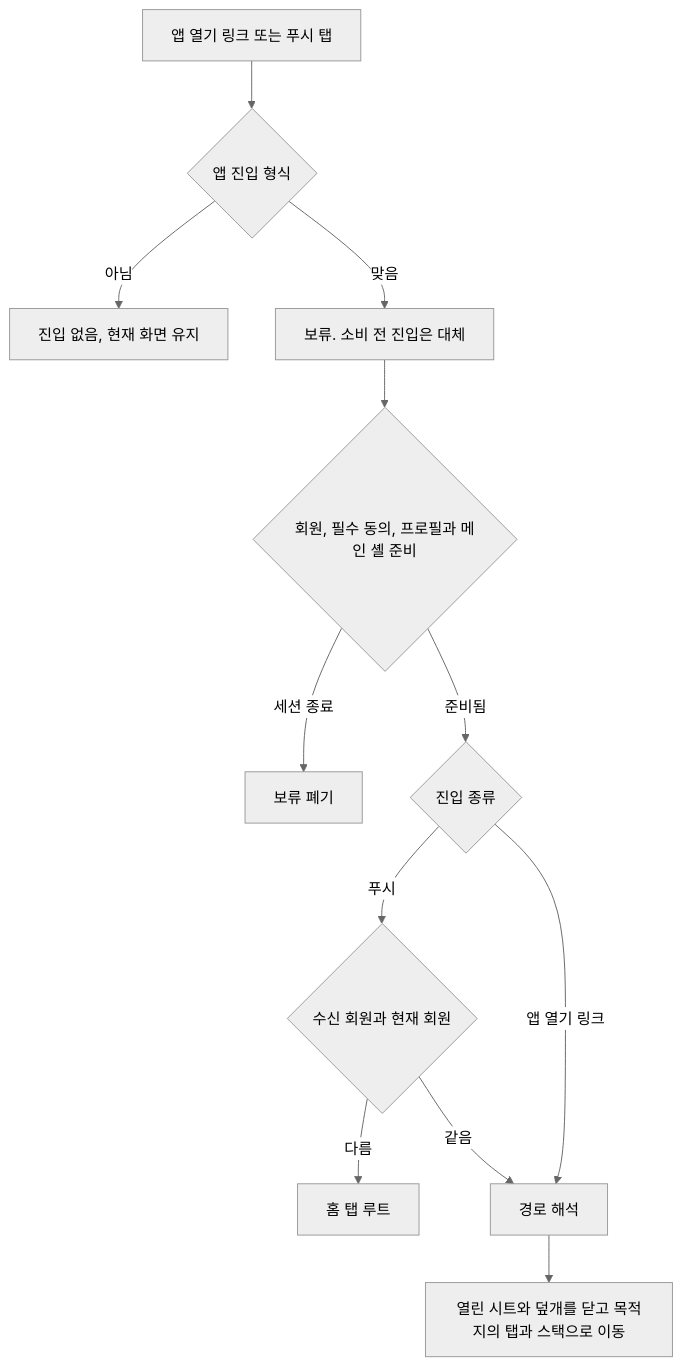
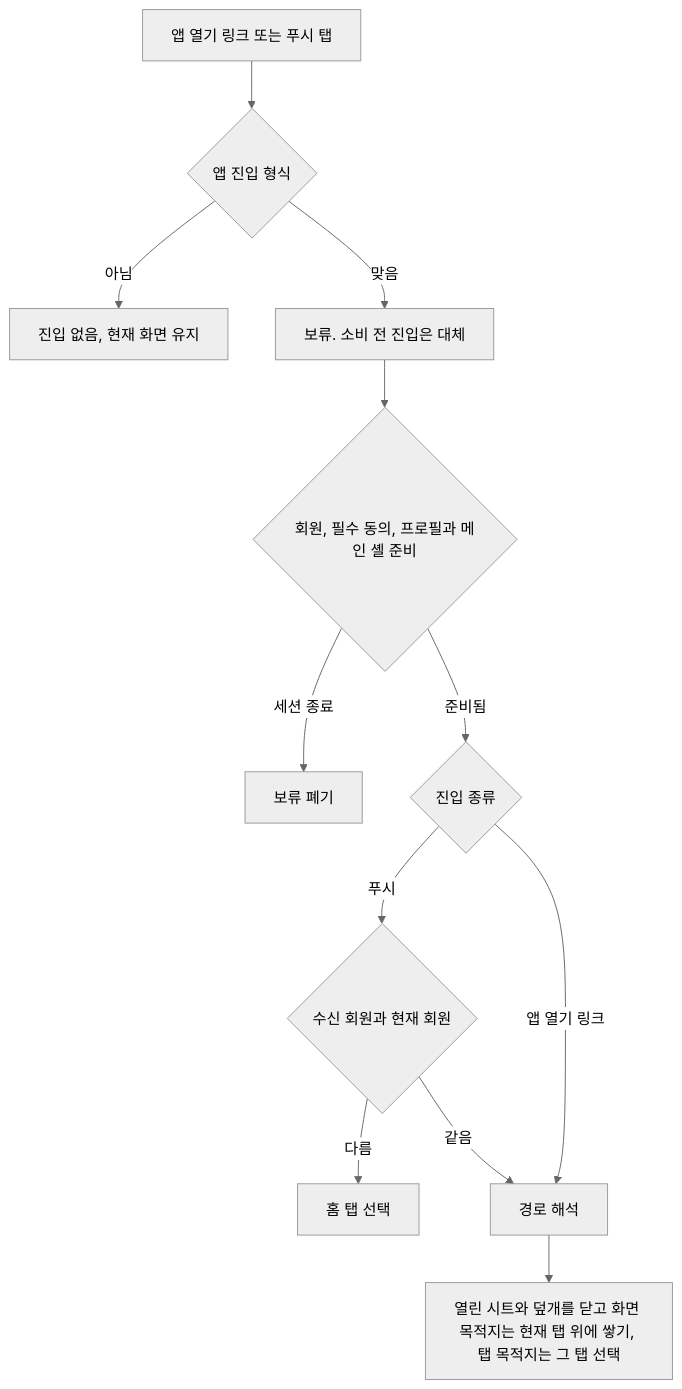
Before and after one commit to KIM-N-KANG/knk-harness: the third of 3 diagrams in docs/ui/IOS/3-2-INTERACTION-FLOWS.md, drawn with Mermaid (neutral theme). The commit also changed other lines of this file and 26 other files, not shown here.

````diff
--- a/docs/ui/IOS/3-2-INTERACTION-FLOWS.md
+++ b/docs/ui/IOS/3-2-INTERACTION-FLOWS.md
@@ -58,14 +58,14 @@
 ```mermaid
 flowchart TD
     Entry["앱 열기 링크 또는 푸시 탭"] --> Parse{"앱 진입 형식"}
     Parse -->|아님| Ignore["진입 없음, 현재 화면 유지"]
     Parse -->|맞음| Hold["보류. 소비 전 진입은 대체"]
     Hold --> Ready{"회원, 필수 동의, 프로필과 메인 셸 준비"}
     Ready -->|세션 종료| Drop["보류 폐기"]
     Ready -->|준비됨| Kind{"진입 종류"}
     Kind -->|푸시| Recipient{"수신 회원과 현재 회원"}
-    Recipient -->|다름| Home["홈 탭 루트"]
+    Recipient -->|다름| Home["홈 탭 선택"]
     Recipient -->|같음| Resolve["경로 해석"]
     Kind -->|앱 열기 링크| Resolve
-    Resolve --> Open["열린 시트와 덮개를 닫고 목적지의 탭과 스택으로 이동"]
+    Resolve --> Open["열린 시트와 덮개를 닫고 화면 목적지는 현재 탭 위에 쌓기, 탭 목적지는 그 탭 선택"]
 ```
````
